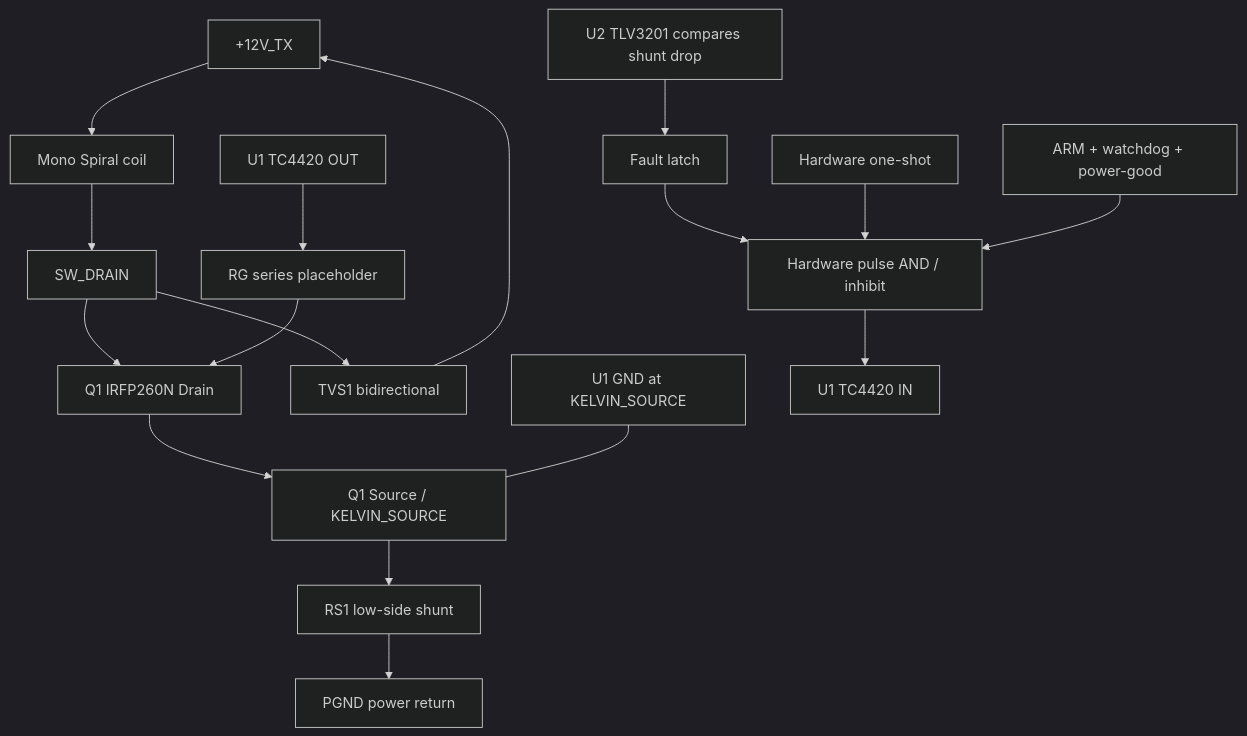
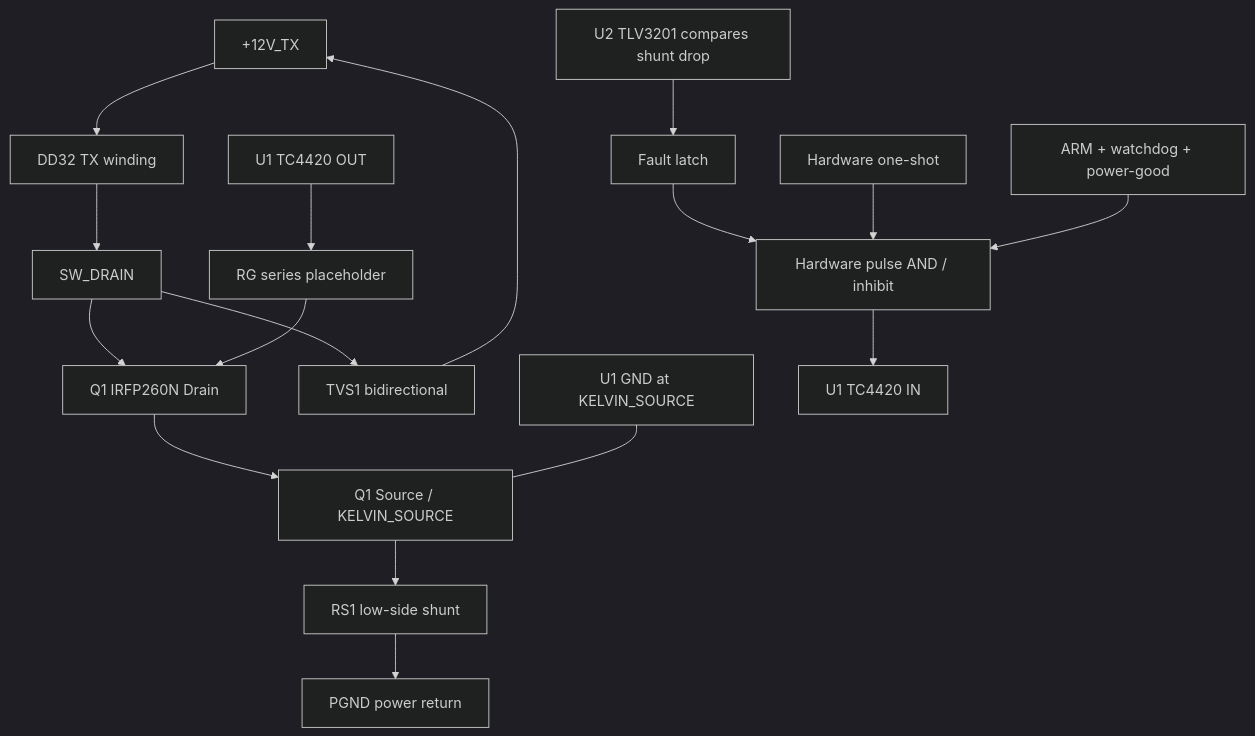
Before and after one commit to Khaledserdani/IslamDetector: the diagram in docs/engineering/REV_A_TX_POWER_STAGE_BLOCK_SCHEMATIC_AR.md, drawn with Mermaid (dark theme). The commit also changed other lines of this file, not shown here.

Commit message:
Rename TX coil in block schematic to DD32 and flag model limits

````diff
--- a/docs/engineering/REV_A_TX_POWER_STAGE_BLOCK_SCHEMATIC_AR.md
+++ b/docs/engineering/REV_A_TX_POWER_STAGE_BLOCK_SCHEMATIC_AR.md
@@ -23,20 +25,20 @@
 ```mermaid
 flowchart TD
-    V[+12V_TX] --> L[Mono Spiral coil]
+    V[+12V_TX] --> L[DD32 TX winding]
     L --> D[SW_DRAIN]
     D --> Q[Q1 IRFP260N Drain]
     Q --> S[Q1 Source / KELVIN_SOURCE]
     S --> RS[RS1 low-side shunt]
     RS --> G[PGND power return]
     D --> TVS[TVS1 bidirectional]
     TVS --> V
     QG[U1 TC4420 OUT] --> RG[RG series placeholder]
     RG --> Q
     QGND[U1 GND at KELVIN_SOURCE]
     QGND --- S
     C[U2 TLV3201 compares shunt drop] --> F[Fault latch]
     F --> EN[Hardware pulse AND / inhibit]
     O[Hardware one-shot] --> EN
     A[ARM + watchdog + power-good] --> EN
     EN --> IN[U1 TC4420 IN]
 ```
````
